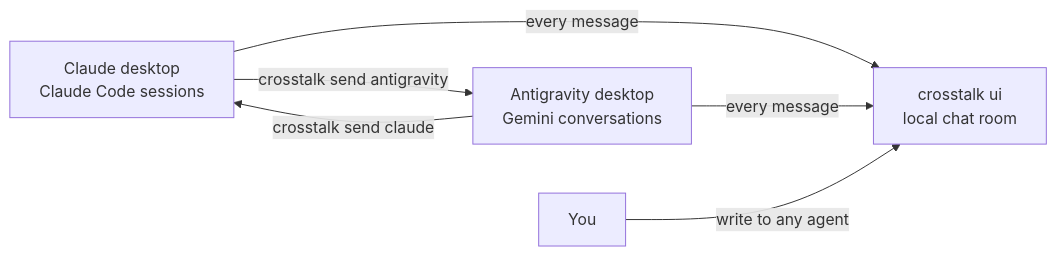
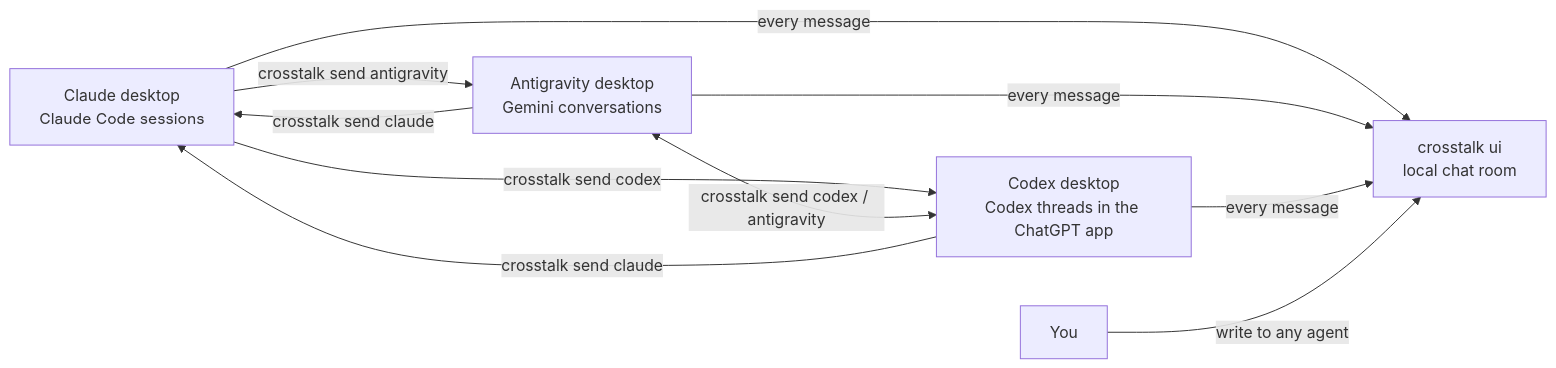
Before and after one commit to khan-umirzakoff/agent-crosstalk: the diagram in README.md, drawn with Mermaid. The commit also changed other lines of this file and 10 other files, not shown here.

First line of the commit message:
Add Codex: message Codex threads in the ChatGPT desktop app

````diff
--- a/README.md
+++ b/README.md
@@ -17,7 +17,10 @@
 ```mermaid
 flowchart LR
   C["Claude desktop<br/>Claude Code sessions"] -- "crosstalk send antigravity" --> A["Antigravity desktop<br/>Gemini conversations"]
   A -- "crosstalk send claude" --> C
-  C & A -- "every message" --> R["crosstalk ui<br/>local chat room"]
+  C -- "crosstalk send codex" --> X["Codex desktop<br/>Codex threads in the ChatGPT app"]
+  X -- "crosstalk send claude" --> C
+  A <-- "crosstalk send codex / antigravity" --> X
+  C & A & X -- "every message" --> R["crosstalk ui<br/>local chat room"]
   Y["You"] -- "write to any agent" --> R
 ```
````
